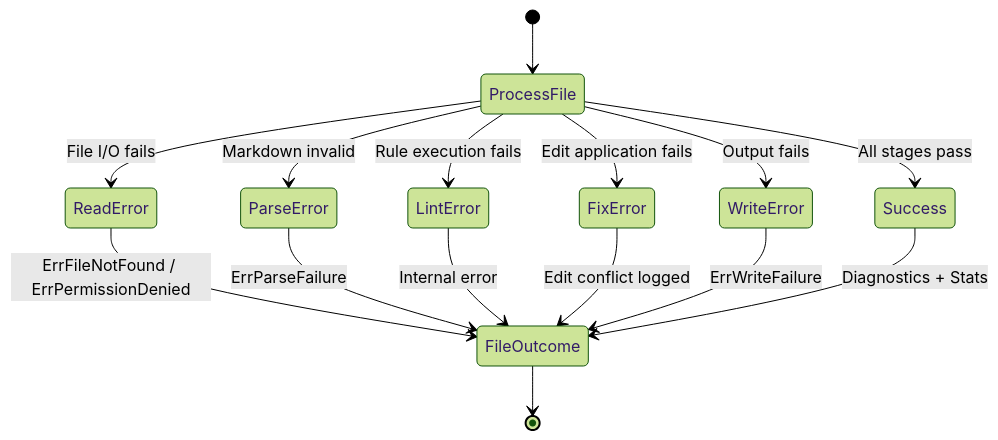
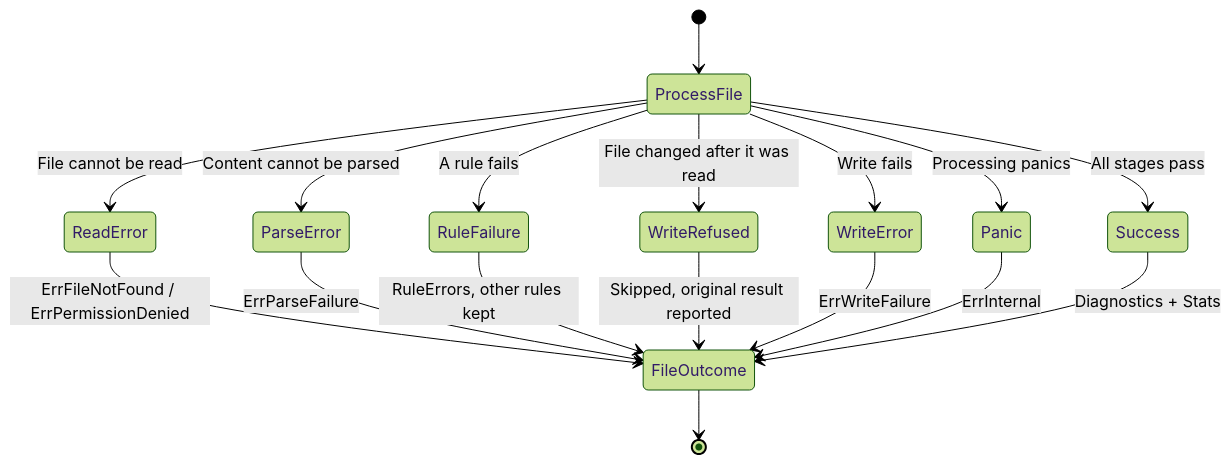
The ninth of 12 diagrams in docs/ARCHITECTURE.md (yaklabco/gomdlint), drawn with Mermaid (forest theme) before and after one commit. The commit also changed other lines of this file and 14 other files, not shown here.

````diff
--- a/docs/ARCHITECTURE.md
+++ b/docs/ARCHITECTURE.md
@@ -401,20 +778,22 @@
 ```mermaid
 stateDiagram-v2
     [*] --> ProcessFile
 
-    ProcessFile --> ReadError: File I/O fails
-    ProcessFile --> ParseError: Markdown invalid
-    ProcessFile --> LintError: Rule execution fails
-    ProcessFile --> FixError: Edit application fails
-    ProcessFile --> WriteError: Output fails
+    ProcessFile --> ReadError: File cannot be read
+    ProcessFile --> ParseError: Content cannot be parsed
+    ProcessFile --> RuleFailure: A rule fails
+    ProcessFile --> WriteRefused: File changed after it was read
+    ProcessFile --> WriteError: Write fails
+    ProcessFile --> Panic: Processing panics
     ProcessFile --> Success: All stages pass
 
     ReadError --> FileOutcome: ErrFileNotFound / ErrPermissionDenied
     ParseError --> FileOutcome: ErrParseFailure
-    LintError --> FileOutcome: Internal error
-    FixError --> FileOutcome: Edit conflict logged
+    RuleFailure --> FileOutcome: RuleErrors, other rules kept
+    WriteRefused --> FileOutcome: Skipped, original result reported
     WriteError --> FileOutcome: ErrWriteFailure
+    Panic --> FileOutcome: ErrInternal
     Success --> FileOutcome: Diagnostics + Stats
 
     FileOutcome --> [*]
 ```
````
